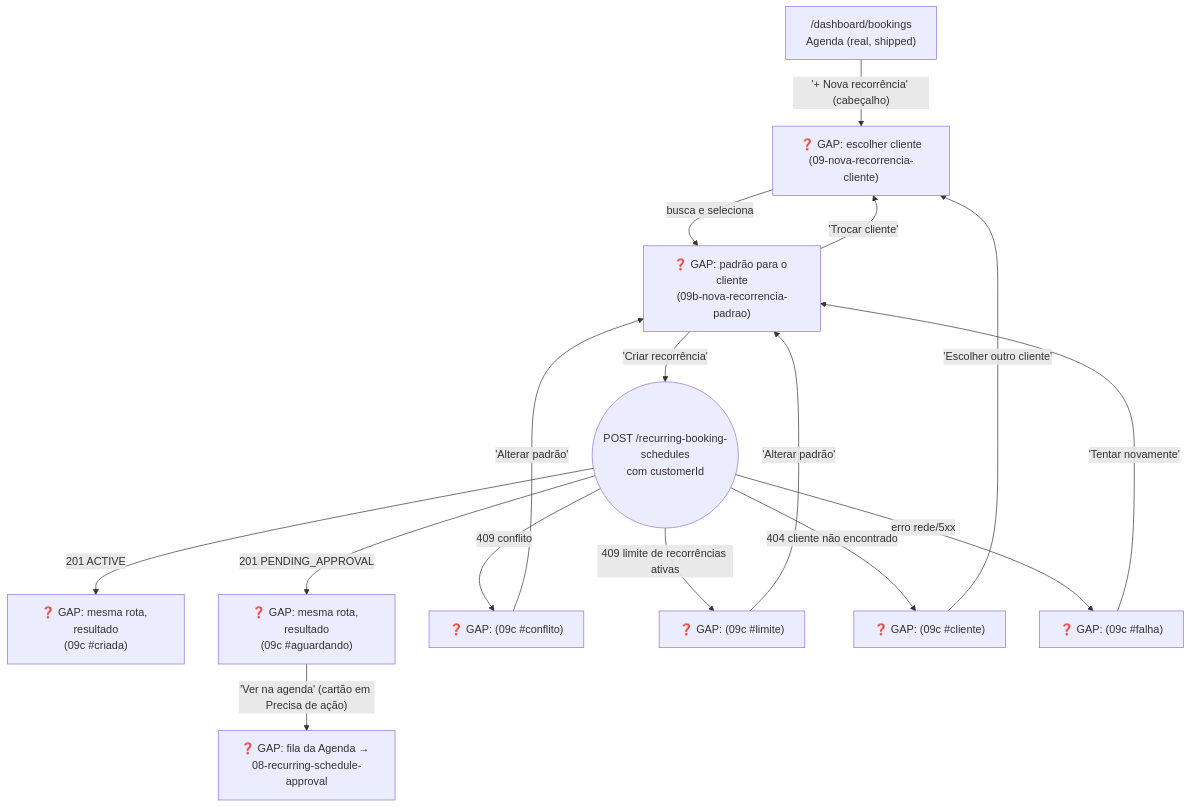
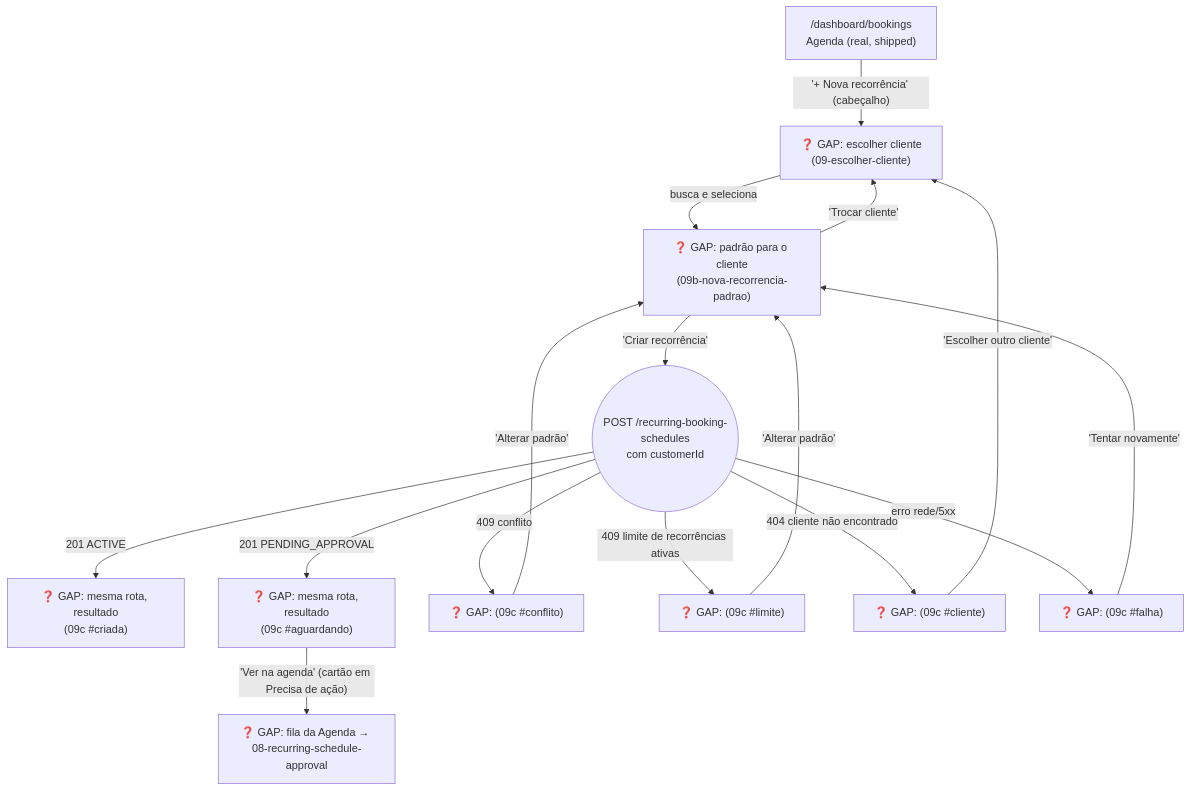
Before and after one commit to lmmoreira/ikaro: the third of 5 diagrams in plan/journey/staff/agenda.md, drawn with Mermaid. The commit also changed other lines of this file and 14 other files, not shown here.

````diff
--- a/plan/journey/staff/agenda.md
+++ b/plan/journey/staff/agenda.md
@@ -177,22 +179,22 @@
 ```mermaid
 flowchart TD
     classDef gap stroke:#f00,stroke-dasharray: 5 5,fill:#fee
 
-    Agenda["/dashboard/bookings<br/>Agenda (real, shipped)"] -->|"'+ Nova recorrência' (cabeçalho)"| Cliente["❓ GAP: escolher cliente<br/>(09-nova-recorrencia-cliente)"]
+    Agenda["/dashboard/bookings<br/>Agenda (real, shipped)"] -->|"'+ Nova recorrência' (cabeçalho)"| Cliente["❓ GAP: escolher cliente<br/>(09-escolher-cliente)"]
     Cliente -->|"busca e seleciona"| Padrao["❓ GAP: padrão para o cliente<br/>(09b-nova-recorrencia-padrao)"]
     Padrao -->|"'Trocar cliente'"| Cliente
     Padrao -->|"'Criar recorrência'"| Envio(("POST /recurring-booking-schedules<br/>com customerId"))
 
     Envio -->|"201 ACTIVE"| Criada["❓ GAP: mesma rota, resultado<br/>(09c #criada)"]
     Envio -->|"201 PENDING_APPROVAL"| Aguardando["❓ GAP: mesma rota, resultado<br/>(09c #aguardando)"]
     Envio -->|"409 conflito"| Conflito["❓ GAP: (09c #conflito)"]
     Envio -->|"409 limite de recorrências ativas"| Limite["❓ GAP: (09c #limite)"]
     Envio -->|"404 cliente não encontrado"| ClienteNaoEncontrado["❓ GAP: (09c #cliente)"]
     Envio -->|"erro rede/5xx"| Falha["❓ GAP: (09c #falha)"]
 
     Aguardando -->|"'Ver na agenda' (cartão em Precisa de ação)"| Aprovar["❓ GAP: fila da Agenda → 08-recurring-schedule-approval"]
     Conflito -->|"'Alterar padrão'"| Padrao
     Limite -->|"'Alterar padrão'"| Padrao
     ClienteNaoEncontrado -->|"'Escolher outro cliente'"| Cliente
     Falha -->|"'Tentar novamente'"| Padrao
 ```
````
